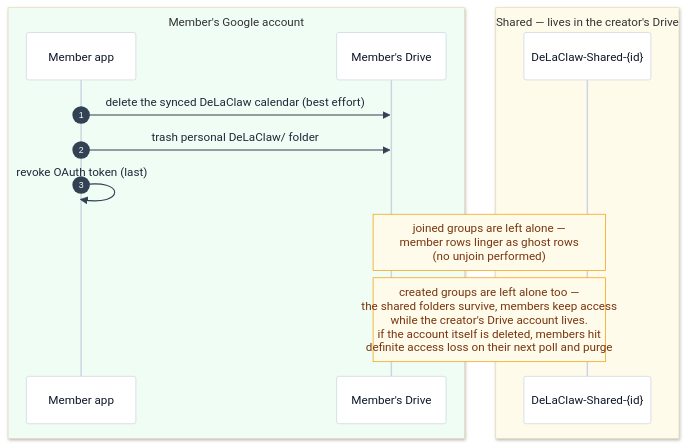
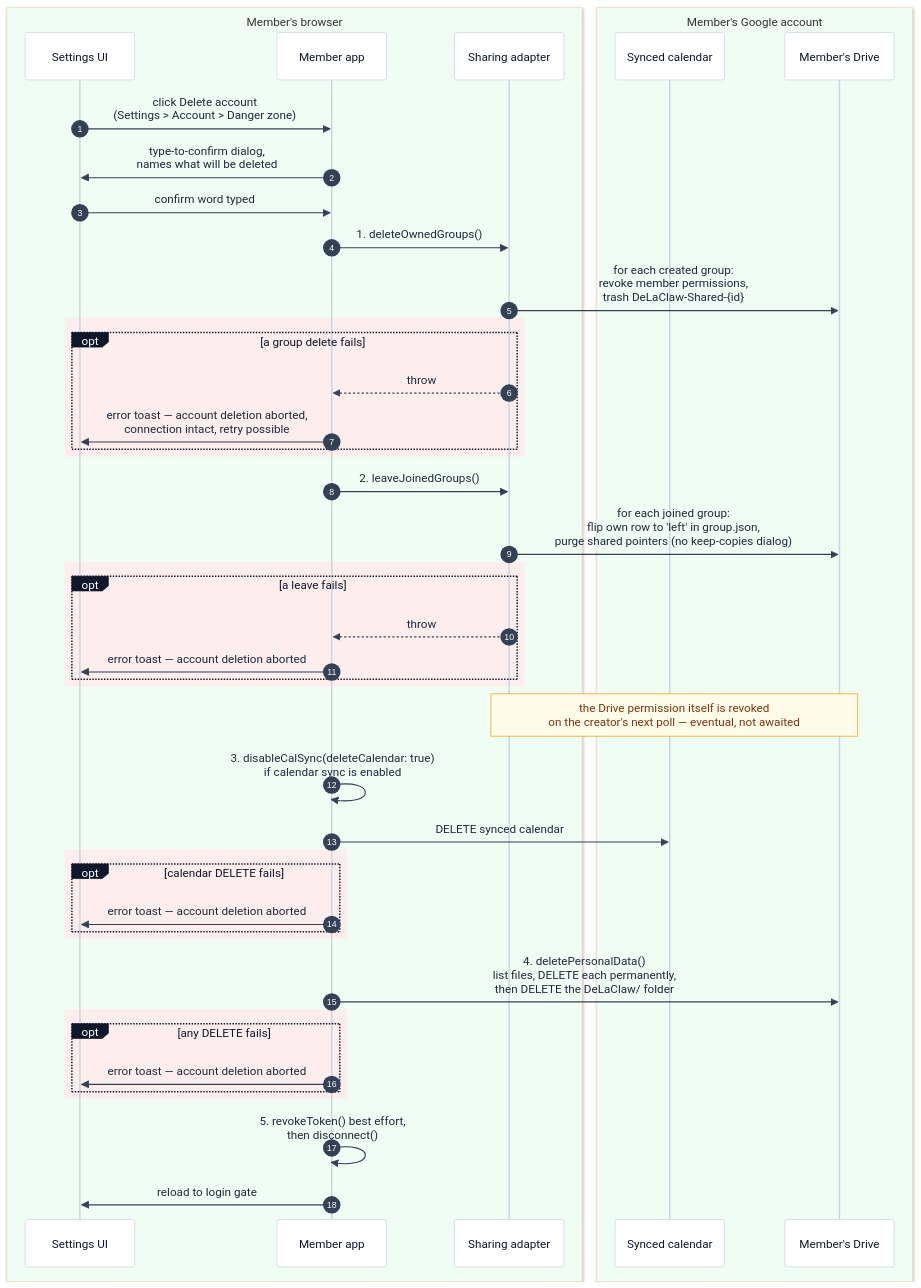
Diagram 14 of 14 in docs-site/sharing.md (AntGro/DeLaClaw), drawn with Mermaid before and after one commit. The commit also changed other lines of this file and 18 other files, not shown here.

First line of the commit message:
feat(sharing): optimistic mutations, gated account wipe, diagram conventions

````diff
--- a/docs-site/sharing.md
+++ b/docs-site/sharing.md
@@ -582,18 +663,50 @@
 ```mermaid
 %%{init: {'theme': 'base', 'themeVariables': {'background': '#fbfaf8', 'actorBkg': '#ffffff', 'actorBorder': '#cbd5e1', 'actorTextColor': '#0f172a', 'actorLineColor': '#cbd5e1', 'signalColor': '#334155', 'signalTextColor': '#1e293b', 'noteBkgColor': '#fffbeb', 'noteBorderColor': '#f59e0b', 'noteTextColor': '#78350f', 'labelBoxBkgColor': '#0f172a', 'labelBoxBorderColor': '#0f172a', 'labelTextColor': '#ffffff'}}}%%
 sequenceDiagram
     autonumber
+    box rgb(240,253,244) Member's browser
+    participant UI as Settings UI
+    participant MA as Member app
+    participant SH as Sharing adapter
+    end
     box rgb(240,253,244) Member's Google account
-    participant MA as Member app
+    participant CAL as Synced calendar
     participant MD as Member's Drive
     end
-    box rgb(255,251,235) Shared — lives in the creator's Drive
-    participant SF as DeLaClaw-Shared-{id}
+
+    UI->>MA: click Delete account<br/>(Settings > Account > Danger zone)
+    MA->>UI: type-to-confirm dialog,<br/>names what will be deleted
+    UI->>MA: confirm word typed
+    MA->>SH: 1. deleteOwnedGroups()
+    SH->>MD: for each created group:<br/>revoke member permissions,<br/>trash DeLaClaw-Shared-{id}
+    rect rgb(253, 237, 236)
+    opt a group delete fails
+        SH-->>MA: throw
+        MA->>UI: error toast — account deletion aborted,<br/>connection intact, retry possible
     end
-
-    MA->>MD: delete the synced DeLaClaw calendar (best effort)
-    MA->>MD: trash personal DeLaClaw/ folder
-    MA->>MA: revoke OAuth token (last)
-    Note over MD,SF: joined groups are left alone —<br/>member rows linger as ghost rows<br/>(no unjoin performed)
-    Note over MD,SF: created groups are left alone too —<br/>the shared folders survive, members keep access<br/>while the creator's Drive account lives.<br/>if the account itself is deleted, members hit<br/>definite access loss on their next poll and purge
+    end
+    MA->>SH: 2. leaveJoinedGroups()
+    SH->>MD: for each joined group:<br/>flip own row to 'left' in group.json,<br/>purge shared pointers (no keep-copies dialog)
+    rect rgb(253, 237, 236)
+    opt a leave fails
+        SH-->>MA: throw
+        MA->>UI: error toast — account deletion aborted
+    end
+    end
+    Note over SH,MD: the Drive permission itself is revoked<br/>on the creator's next poll — eventual, not awaited
+    MA->>MA: 3. disableCalSync(deleteCalendar: true)<br/>if calendar sync is enabled
+    MA->>CAL: DELETE synced calendar
+    rect rgb(253, 237, 236)
+    opt calendar DELETE fails
+        MA->>UI: error toast — account deletion aborted
+    end
+    end
+    MA->>MD: 4. deletePersonalData()<br/>list files, DELETE each permanently,<br/>then DELETE the DeLaClaw/ folder
+    rect rgb(253, 237, 236)
+    opt any DELETE fails
+        MA->>UI: error toast — account deletion aborted
+    end
+    end
+    MA->>MA: 5. revokeToken() best effort,<br/>then disconnect()
+    MA->>UI: reload to login gate
 ```
````
